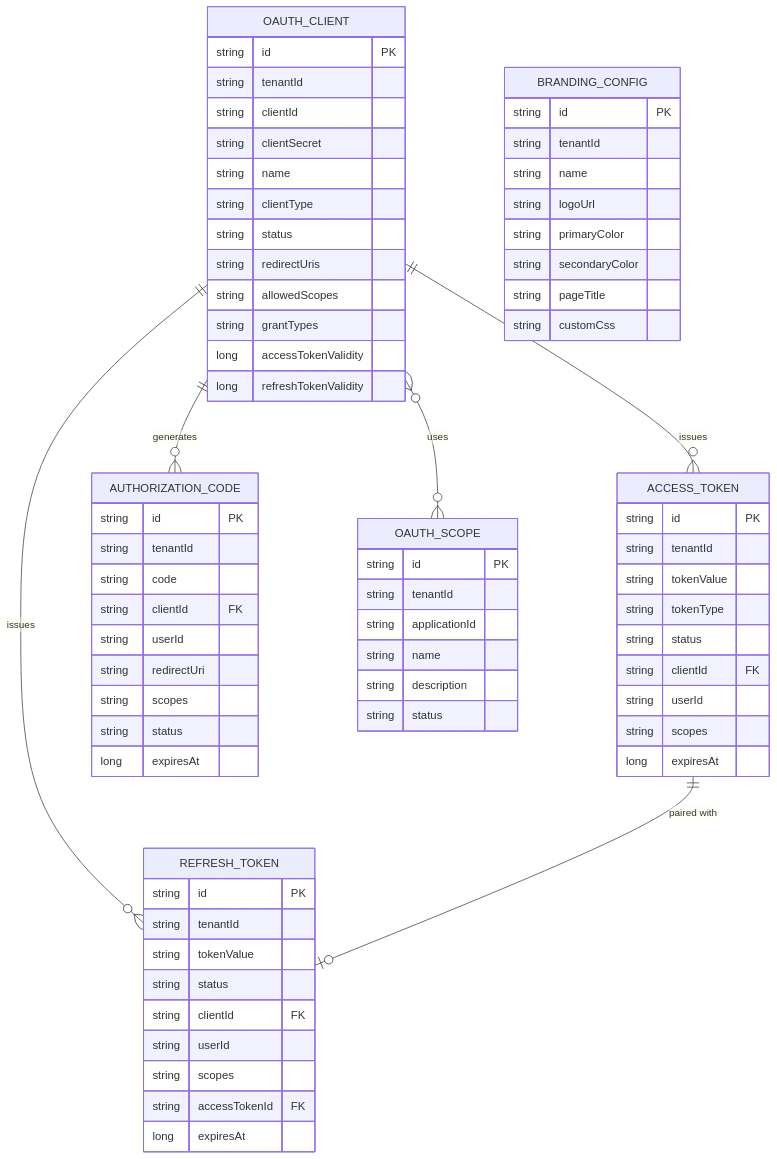
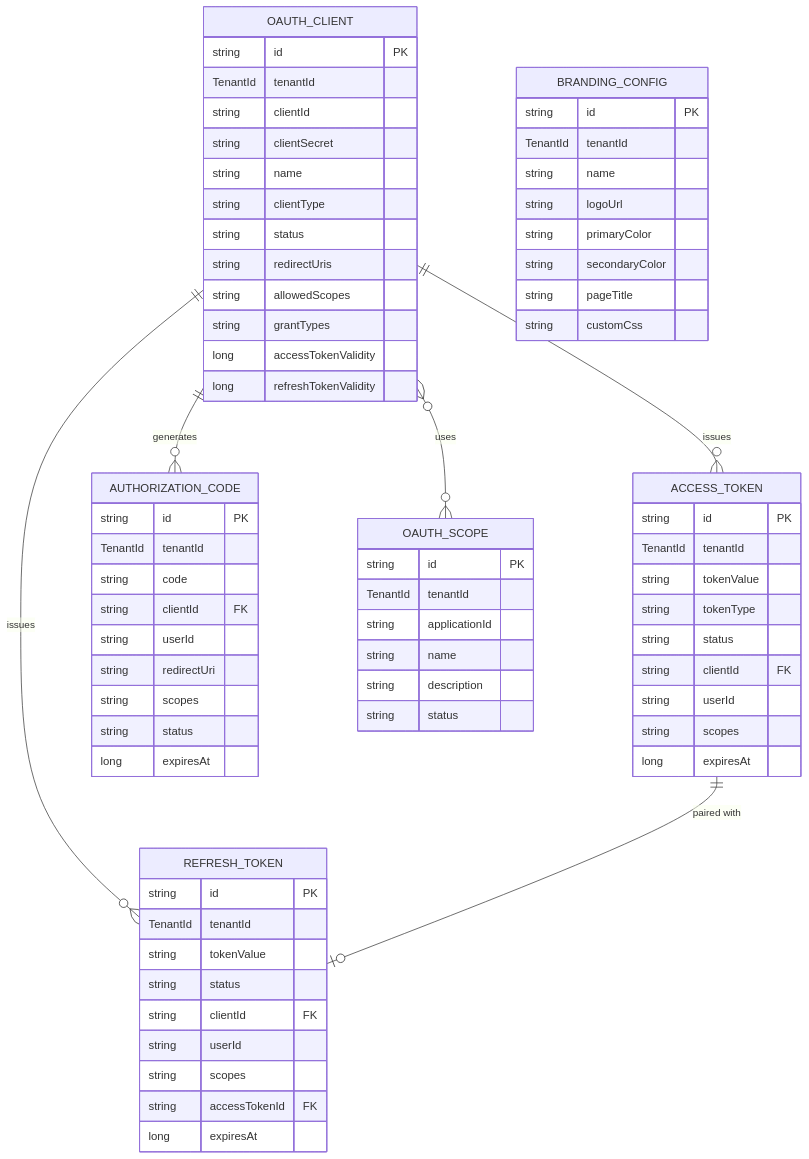
The third of 8 diagrams in oauth/NAFv4.md (UIMSolutions/uim-platform), drawn with Mermaid before and after one commit. The commit also changed 65 other files, not shown here.

````diff
--- a/oauth/NAFv4.md
+++ b/oauth/NAFv4.md
@@ -76,79 +76,79 @@
 ```mermaid
 erDiagram
     OAUTH_CLIENT ||--o{ ACCESS_TOKEN : issues
     OAUTH_CLIENT ||--o{ REFRESH_TOKEN : issues
     OAUTH_CLIENT ||--o{ AUTHORIZATION_CODE : generates
     OAUTH_CLIENT }o--o{ OAUTH_SCOPE : uses
     ACCESS_TOKEN ||--o| REFRESH_TOKEN : "paired with"
 
     OAUTH_CLIENT {
         string id PK
-        string tenantId
+        TenantId tenantId
         string clientId
         string clientSecret
         string name
         string clientType
         string status
         string redirectUris
         string allowedScopes
         string grantTypes
         long accessTokenValidity
         long refreshTokenValidity
     }
 
     OAUTH_SCOPE {
         string id PK
-        string tenantId
+        TenantId tenantId
         string applicationId
         string name
         string description
         string status
     }
 
     ACCESS_TOKEN {
         string id PK
-        string tenantId
+        TenantId tenantId
         string tokenValue
         string tokenType
         string status
         string clientId FK
         string userId
         string scopes
         long expiresAt
     }
 
     REFRESH_TOKEN {
         string id PK
-        string tenantId
+        TenantId tenantId
         string tokenValue
         string status
         string clientId FK
         string userId
         string scopes
         string accessTokenId FK
         long expiresAt
     }
 
     AUTHORIZATION_CODE {
         string id PK
-        string tenantId
+        TenantId tenantId
         string code
         string clientId FK
         string userId
         string redirectUri
         string scopes
         string status
         long expiresAt
     }
 
     BRANDING_CONFIG {
         string id PK
-        string tenantId
+        TenantId tenantId
         string name
         string logoUrl
         string primaryColor
         string secondaryColor
         string pageTitle
         string customCss
     }
 ```
````
